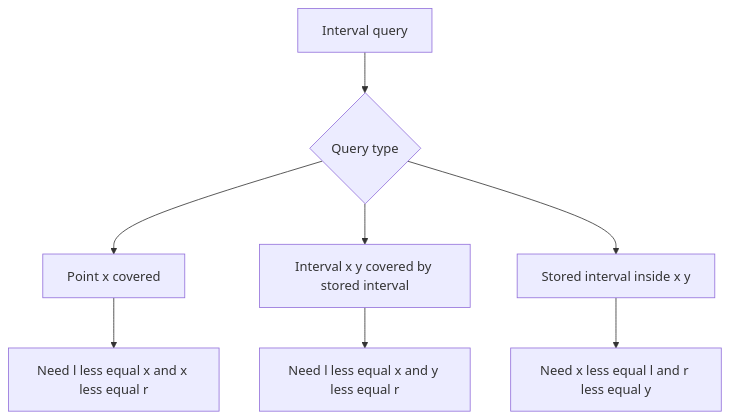
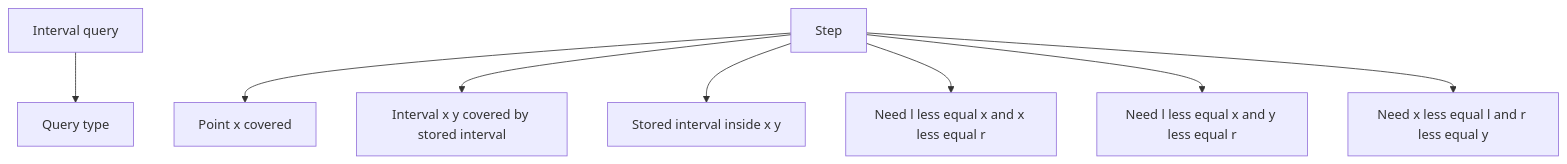
The first of 35 diagrams in CP_DSA_NOTES/001_TOPIC_WISE/001_STL_RANGE_QUERY_SWEEPLINE.md (mthaiseer/springcloud-systemdesign-notes), drawn with Mermaid before and after one commit. The commit also changed other lines of this file and 1 other file, not shown here.

````diff
--- a/CP_DSA_NOTES/001_TOPIC_WISE/001_STL_RANGE_QUERY_SWEEPLINE.md
+++ b/CP_DSA_NOTES/001_TOPIC_WISE/001_STL_RANGE_QUERY_SWEEPLINE.md
@@ -55,10 +55,10 @@
 ```mermaid
 flowchart TD
-    A["Interval query"] --> B{"Query type"}
-    B --> C["Point x covered"]
-    B --> D["Interval x y covered by stored interval"]
-    B --> E["Stored interval inside x y"]
-    C --> F["Need l less equal x and x less equal r"]
-    D --> G["Need l less equal x and y less equal r"]
-    E --> H["Need x less equal l and r less equal y"]
+    N1["Interval query"] --> N2["Query type"]
+    N3["Step"] --> N4["Point x covered"]
+    N3["Step"] --> N5["Interval x y covered by stored interval"]
+    N3["Step"] --> N6["Stored interval inside x y"]
+    N3["Step"] --> N7["Need l less equal x and x less equal r"]
+    N3["Step"] --> N8["Need l less equal x and y less equal r"]
+    N3["Step"] --> N9["Need x less equal l and r less equal y"]
 ```
````
